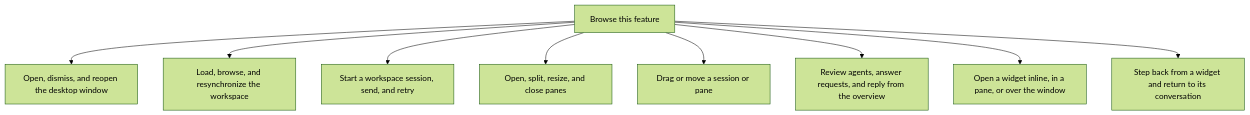
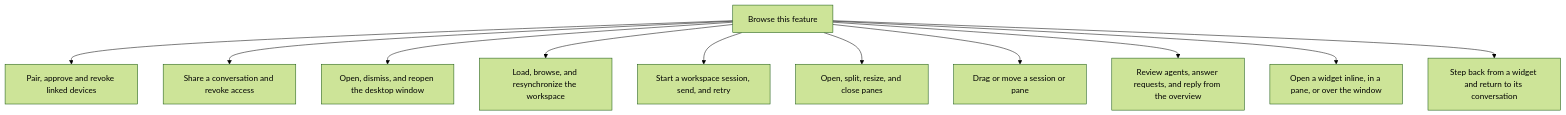
The diagram in docs/state/services/desktop/workspace/README.md (nessalabs/nessa-agent), drawn with Mermaid (forest theme) before and after one commit. The commit also changed other lines of this file and 16 other files, not shown here.

Commit message:
docs: connect user journeys to ownership charts and regression evidence (#1087)

````diff
--- a/docs/state/services/desktop/workspace/README.md
+++ b/docs/state/services/desktop/workspace/README.md
@@ -49,20 +51,24 @@
 ```mermaid
 flowchart TB
     Feature["Browse this feature"]
+    Devices["Pair, approve and revoke linked devices"]
+    Sharing["Share a conversation and revoke access"]
+    Feature --> Devices
+    Feature --> Sharing
     F0["Open, dismiss, and reopen the desktop window"]
     Feature --> F0
     F1["Load, browse, and resynchronize the workspace"]
     Feature --> F1
     F2["Start a workspace session, send, and retry"]
     Feature --> F2
     F3["Open, split, resize, and close panes"]
     Feature --> F3
     F4["Drag or move a session or pane"]
     Feature --> F4
     F5["Review agents, answer requests, and reply from the overview"]
     Feature --> F5
     F6["Open a widget inline, in a pane, or over the window"]
     Feature --> F6
     F7["Step back from a widget and return to its conversation"]
     Feature --> F7
 ```
````
